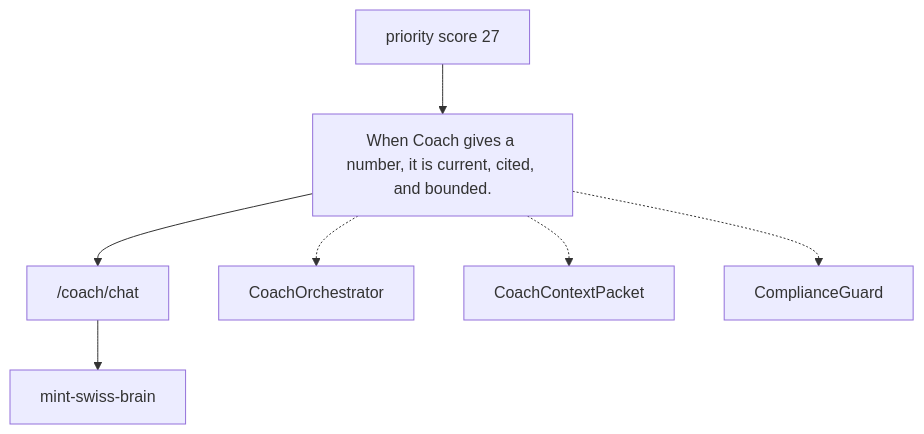
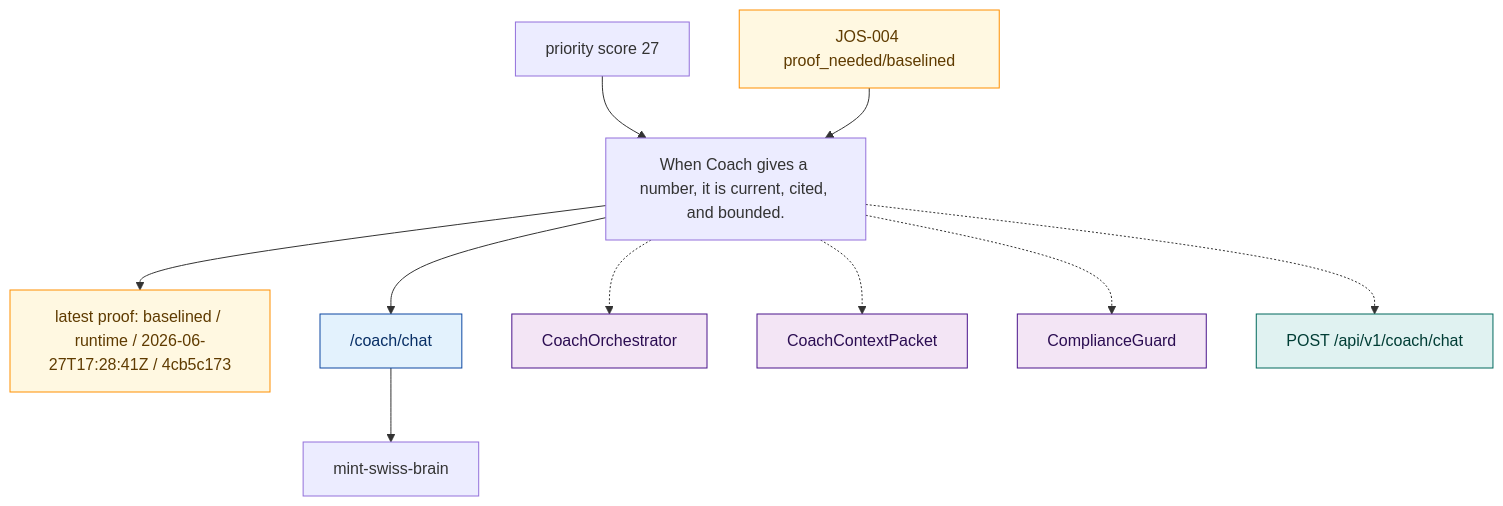
One commit to MINT-IA/MINT changed the diagram in .planning/journeys/diagrams/coach_advice_turn.mmd. Above: the diagram before and after it, drawn with Mermaid. The commit also changed 30 other files, not shown here.

```diff
--- a/.planning/journeys/diagrams/coach_advice_turn.mmd
+++ b/.planning/journeys/diagrams/coach_advice_turn.mmd
@@ -1,15 +1,36 @@
 %% Generated from .planning/journeys/records/coach_advice_turn.json
 flowchart TD
   promise["When Coach gives a number, it is current, cited, and bounded."]
   team["mint-swiss-brain"]
+  latest["latest proof: baselined / runtime / 2026-06-27T17:28:41Z / 4cb5c173"]
+  promise --> latest
+  classDef green fill:#e8f5e9,stroke:#1b5e20,color:#0b3d1a;
+  classDef red fill:#ffebee,stroke:#b71c1c,color:#5f1111;
+  classDef amber fill:#fff8e1,stroke:#ff8f00,color:#5f3b00;
+  classDef blocked fill:#eceff1,stroke:#455a64,color:#263238;
+  classDef neutral fill:#f5f5f5,stroke:#616161,color:#212121;
+  classDef route fill:#e3f2fd,stroke:#0d47a1,color:#082f66;
+  classDef surface fill:#f3e5f5,stroke:#4a148c,color:#2b0d52;
+  classDef api fill:#e0f2f1,stroke:#00695c,color:#003d35;
+  class latest amber
   priority["priority score 27"]
   priority --> promise
   route_coach_chat["/coach/chat"]
   promise --> route_coach_chat
   route_coach_chat --> team
+  class route_coach_chat route
   surface_CoachOrchestrator["CoachOrchestrator"]
   promise -.-> surface_CoachOrchestrator
+  class surface_CoachOrchestrator surface
   surface_CoachContextPacket["CoachContextPacket"]
   promise -.-> surface_CoachContextPacket
+  class surface_CoachContextPacket surface
   surface_ComplianceGuard["ComplianceGuard"]
   promise -.-> surface_ComplianceGuard
+  class surface_ComplianceGuard surface
+  api_POST_api_v1_coach_chat["POST /api/v1/coach/chat"]
+  promise -.-> api_POST_api_v1_coach_chat
+  class api_POST_api_v1_coach_chat api
+  issue_JOS_004["JOS-004 proof_needed/baselined"]
+  issue_JOS_004 --> promise
+  class issue_JOS_004 amber
```
